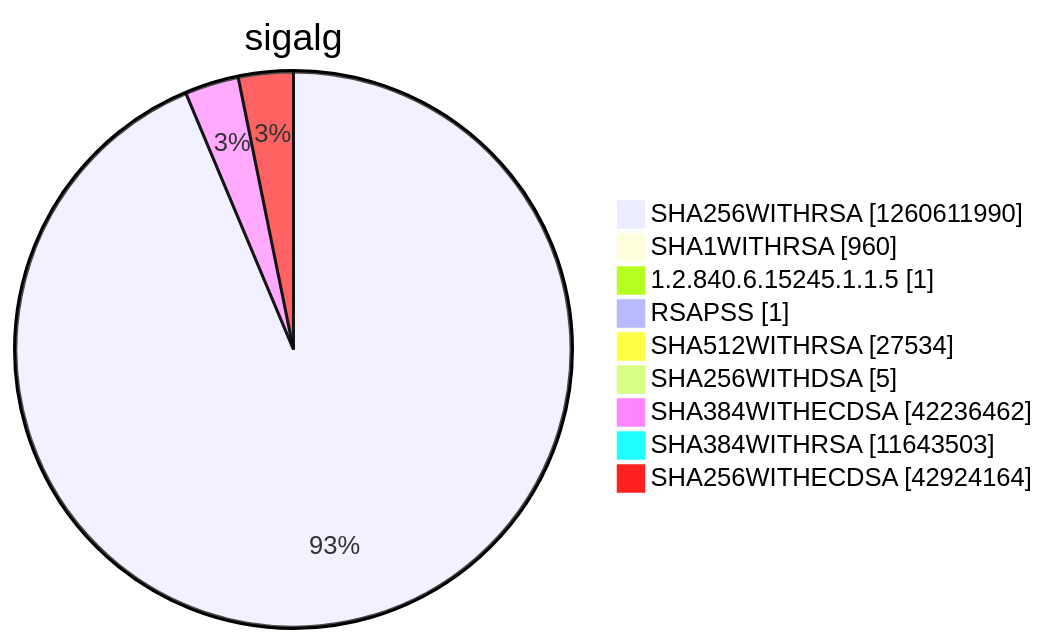
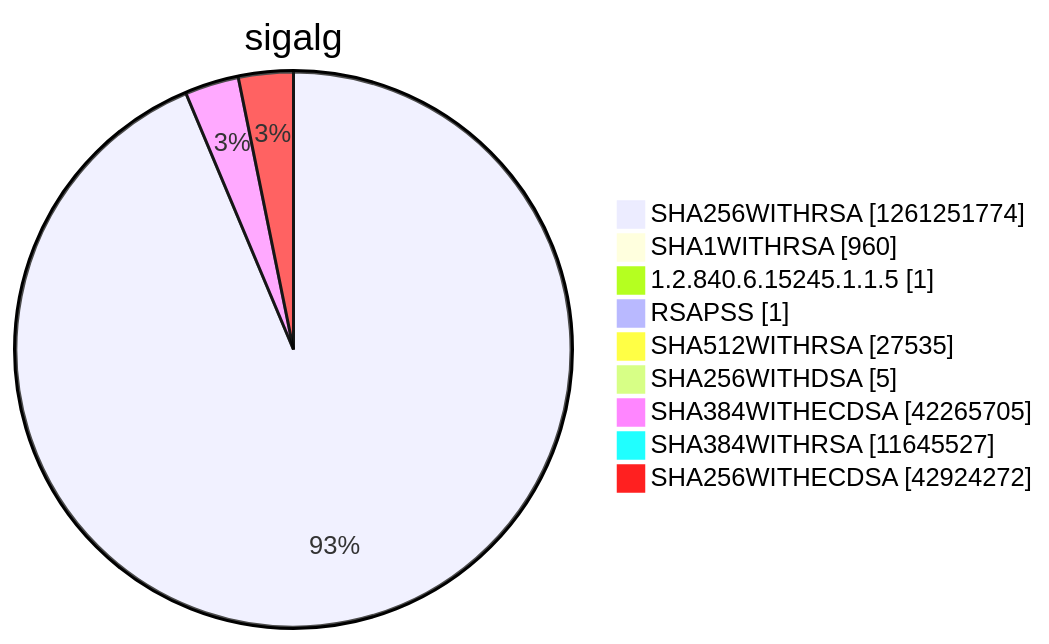
Diagram 15 of 15 in argon2022/README.md (christiankrug/ctmonitor_visualization), drawn with Mermaid before and after one commit. The commit also changed other lines of this file, not shown here.

````diff
--- a/argon2022/README.md
+++ b/argon2022/README.md
@@ -5522,13 +5522,13 @@
 ```mermaid
 pie showData
 title sigalg
-"SHA256WITHRSA" :1260611990
+"SHA256WITHRSA" :1261251774
 "SHA1WITHRSA" :960
 "1.2.840.6.15245.1.1.5" :1
 "RSAPSS" :1
-"SHA512WITHRSA" :27534
+"SHA512WITHRSA" :27535
 "SHA256WITHDSA" :5
-"SHA384WITHECDSA" :42236462
-"SHA384WITHRSA" :11643503
-"SHA256WITHECDSA" :42924164
+"SHA384WITHECDSA" :42265705
+"SHA384WITHRSA" :11645527
+"SHA256WITHECDSA" :42924272
 ```
````
